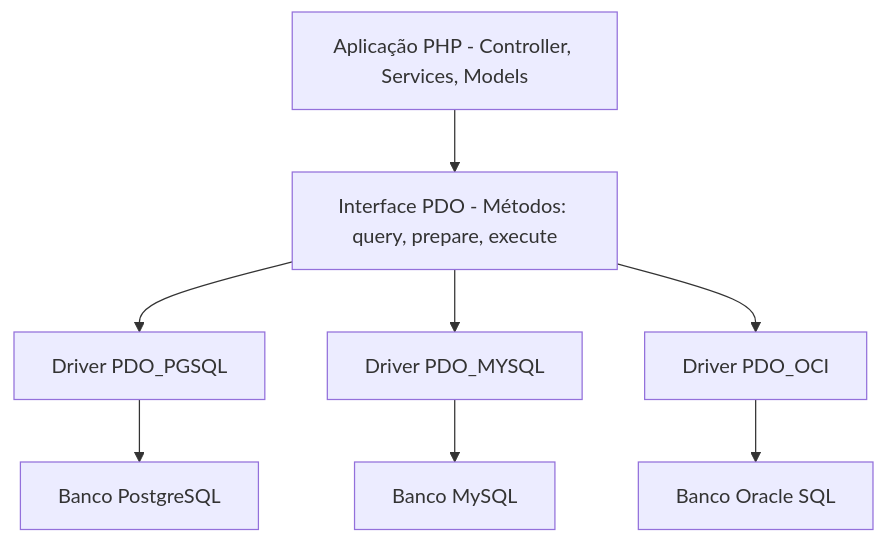
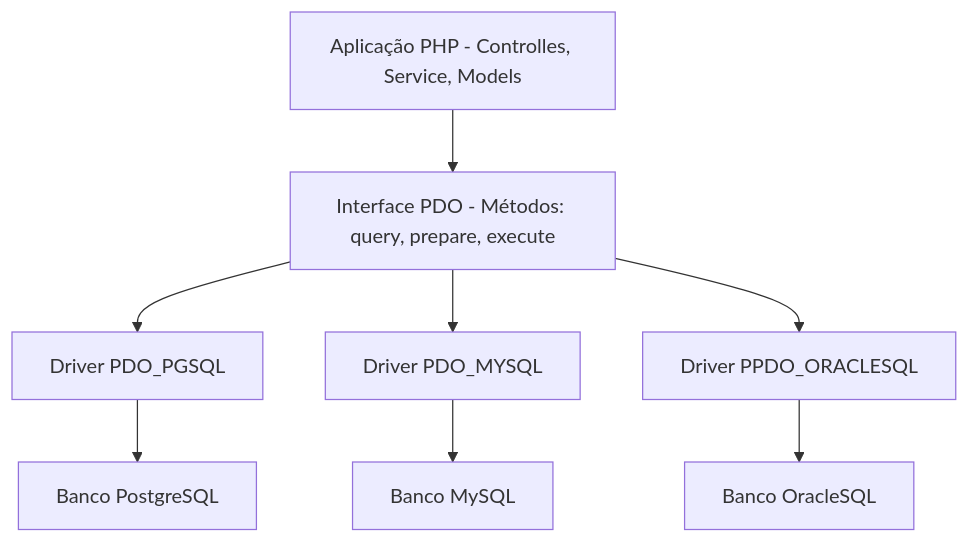
Before and after one commit to FelipeScalfi/BackEnd: diagram 11 of 18 in README.md, drawn with Mermaid. The commit also changed other lines of this file and 12 other files, not shown here.

````diff
--- a/README.md
+++ b/README.md
@@ -1146,22 +1155,22 @@
 ```mermaid
 flowchart TB
-    aplicacao[Aplicação PHP - Controller, Services, Models]
+    aplicacao[Aplicação PHP - Controlles, Service, Models]
     pdo[Interface PDO - Métodos: query, prepare, execute]
 
-    driver[Driver PDO_PGSQL]
+    driverpgsql[Driver PDO_PGSQL]
     drivermysql[Driver PDO_MYSQL]
-    driveroracle[Driver PDO_OCI]
+    driveroci[Driver PPDO_ORACLESQL]
 
     postgres[Banco PostgreSQL]
     mysql[Banco MySQL]
-    oracle[Banco Oracle SQL]
-    
+    oracle[Banco OracleSQL]
 
     aplicacao --> pdo
-    pdo --> driver
+    pdo --> driverpgsql
     pdo --> drivermysql
-    pdo --> driveroracle
-    driver --> postgres
+    pdo --> driveroci
+    driverpgsql --> postgres
     drivermysql --> mysql
-    driveroracle --> oracle
+    driveroci --> oracle
+
 ```
````
